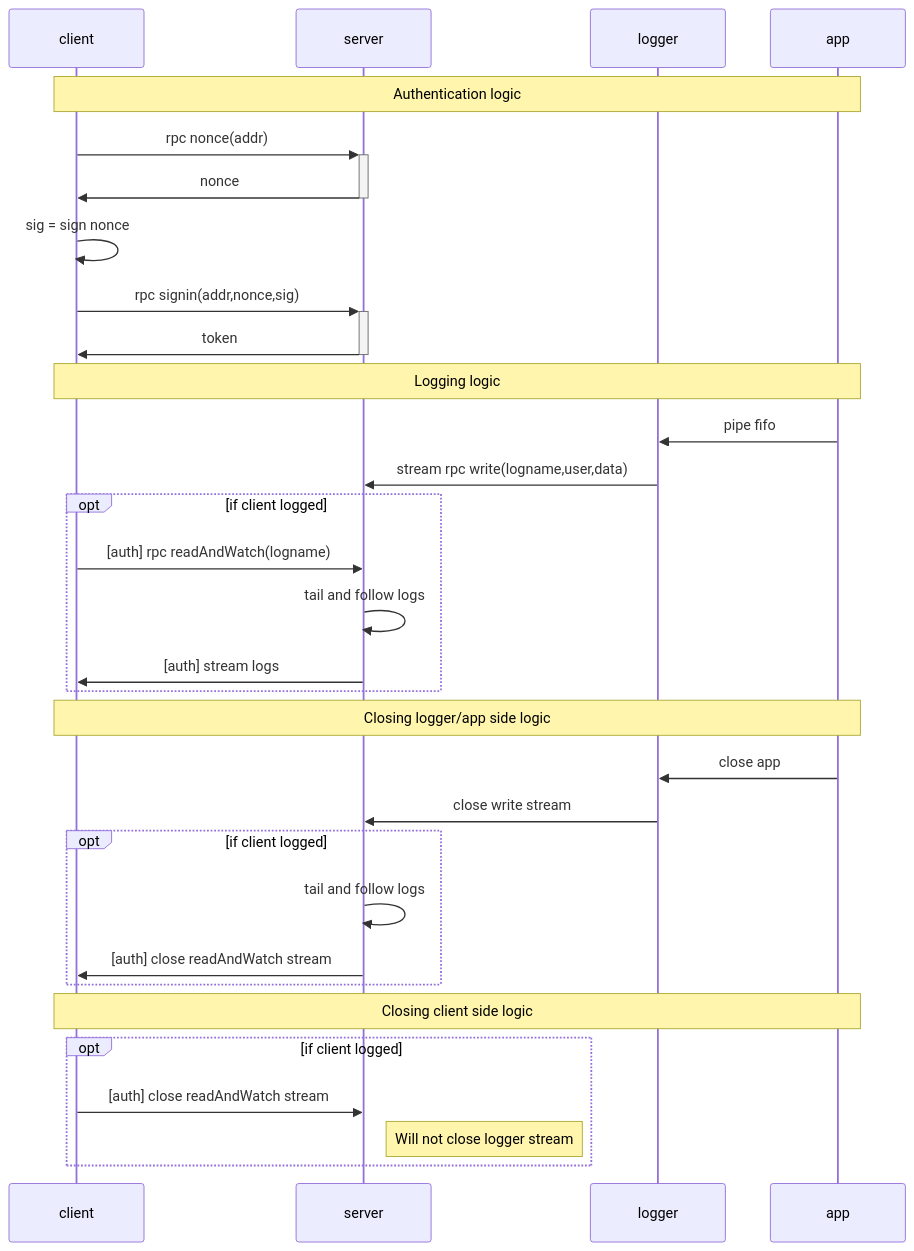
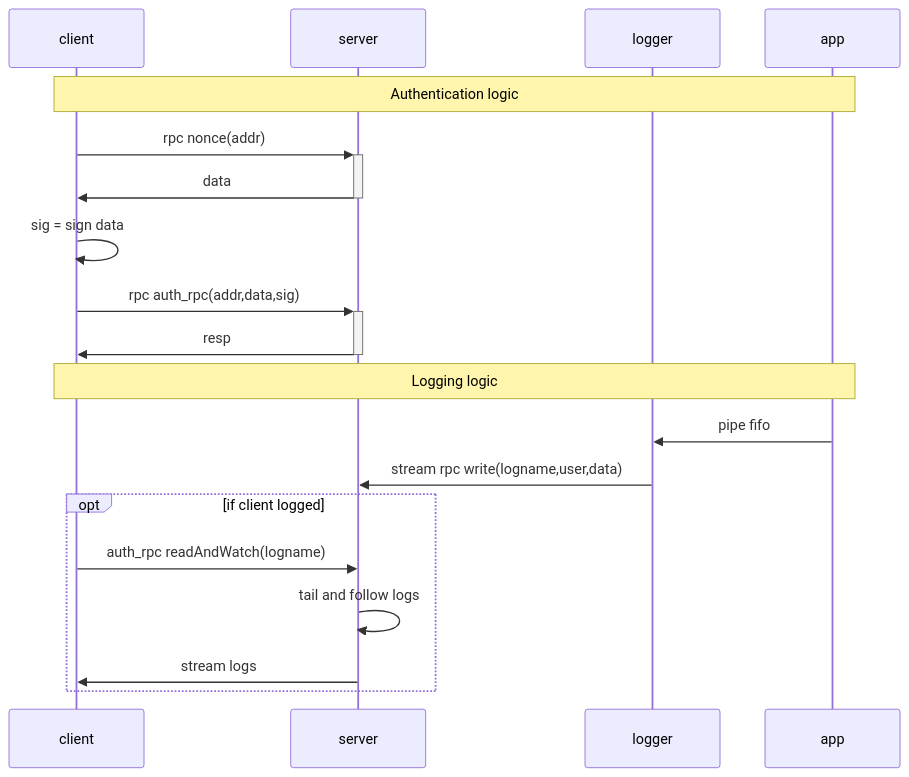
Before and after one commit to deepsquare-io/grid: the diagram in grid-logger/README.md, drawn with Mermaid. The commit also changed 10 other files, not shown here.

Commit message:
feat(grid-logger): list and watch

````diff
--- a/grid-logger/README.md
+++ b/grid-logger/README.md
@@ -7,38 +7,24 @@
 ```mermaid
 sequenceDiagram
     participant client
     participant server
     participant logger
     participant app
     Note over client,app: Authentication logic
     client->>+server: rpc nonce(addr)
-    server->>-client: nonce
-    client->>client: sig = sign nonce
-    client->>+server: rpc signin(addr,nonce,sig)
-    server->>-client: token
+    server->>-client: data
+    client->>client: sig = sign data
+    client->>+server: rpc auth_rpc(addr,data,sig)
+    server->>-client: resp
 
     Note over client,app: Logging logic
     app->>logger: pipe fifo
     logger->>server: stream rpc write(logname,user,data)
     opt if client logged
-        client->>server: [auth] rpc readAndWatch(logname)
+        client->>server: auth_rpc readAndWatch(logname)
         server->>server: tail and follow logs
-        server->>client: [auth] stream logs
-    end
-
-    Note over client,app: Closing logger/app side logic
-    app->>logger: close app
-    logger->>server: close write stream
-    opt if client logged
-        server->>server: tail and follow logs
-        server->>client: [auth] close readAndWatch stream
-    end
-
-    Note over client,app: Closing client side logic
-    opt if client logged
-        client->>server: [auth] close readAndWatch stream
-        note right of server: Will not close logger stream
+        server->>client: stream logs
     end
 
 
 ```
````
